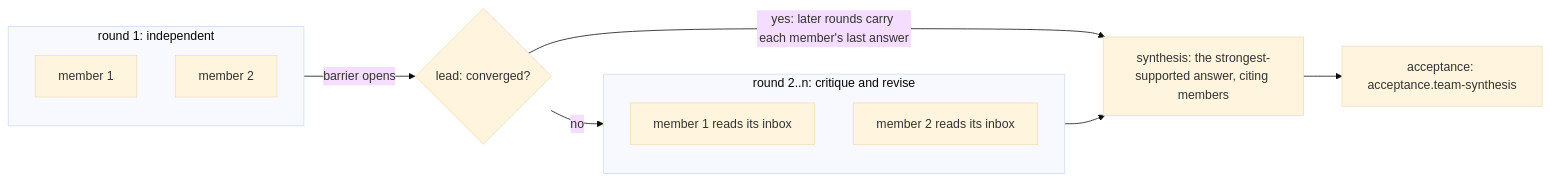
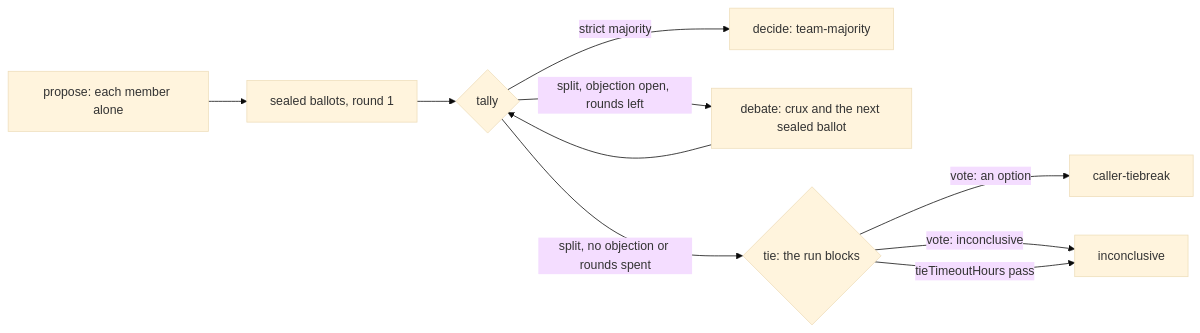
The diagram in docs/design/teams.md (tsuuanmi/system), drawn with Mermaid (base theme) before and after one commit. The commit also changed other lines of this file and 54 other files, not shown here.

First line of the commit message:
PROP-0004 Phase 3: teams propose, vote by sealed ballot, debate only on a split, and tie to the caller

````diff
--- a/docs/design/teams.md
+++ b/docs/design/teams.md
@@ -36,16 +45,12 @@
 ```mermaid
 flowchart LR
-  subgraph R1[round 1: independent]
-    M11[member 1]
-    M21[member 2]
-  end
-  R1 -->|barrier opens| L1{lead: converged?}
-  L1 -->|no| R2
-  L1 -->|yes: later rounds carry each member's last answer| S
-  subgraph R2[round 2..n: critique and revise]
-    M12[member 1 reads its inbox]
-    M22[member 2 reads its inbox]
-  end
-  R2 --> S[synthesis: the strongest-supported answer, citing members]
-  S --> A[acceptance: acceptance.team-synthesis]
+  P[propose: each member alone] --> B[sealed ballots, round 1]
+  B --> T{tally}
+  T -->|strict majority| D[decide: team-majority]
+  T -->|split, objection open, rounds left| DB[debate: crux and the next sealed ballot]
+  DB --> T
+  T -->|split, no objection or rounds spent| TIE{tie: the run blocks}
+  TIE -->|vote: an option| V[caller-tiebreak]
+  TIE -->|vote: inconclusive| I[inconclusive]
+  TIE -->|tieTimeoutHours pass| I
 ```
````
